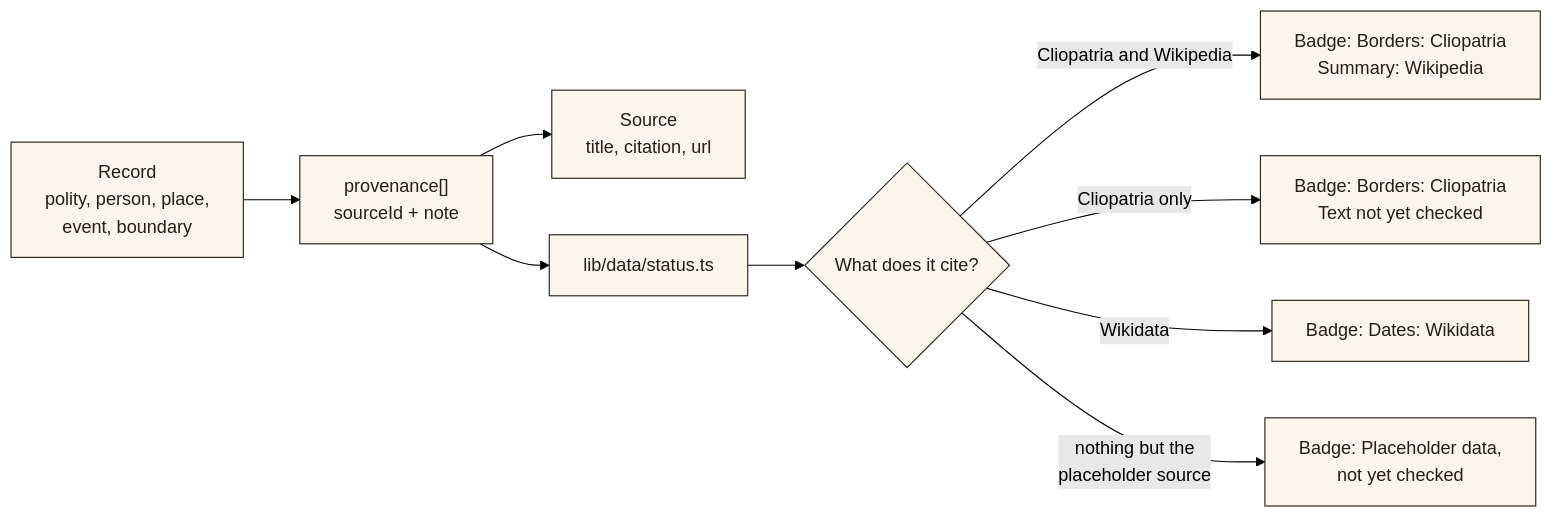
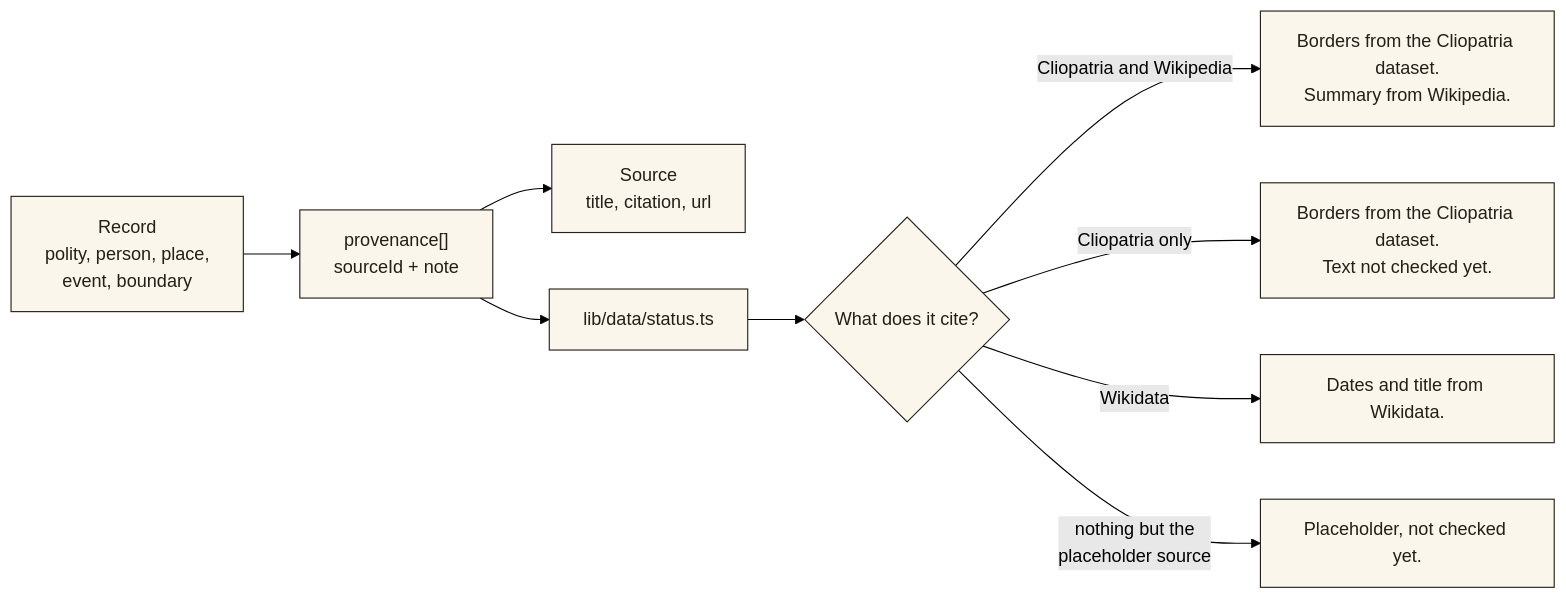
One commit to varunaditya27/BHAARATA changed the fifth of 7 diagrams in docs/ARCHITECTURE.md. Above: the diagram before and after it, drawn with Mermaid (forest theme). The commit also changed other lines of this file and 12 other files, not shown here.

````diff
--- a/docs/ARCHITECTURE.md
+++ b/docs/ARCHITECTURE.md
@@ -258,14 +259,14 @@
 ```mermaid
 flowchart LR
     R["Record<br/>polity, person, place,<br/>event, boundary"] --> P["provenance[]<br/>sourceId + note"]
     P --> S["Source<br/>title, citation, url"]
     P --> H["lib/data/status.ts"]
     H --> B{"What does it cite?"}
-    B -- "Cliopatria and Wikipedia" --> G["Badge: Borders: Cliopatria<br/>Summary: Wikipedia"]
-    B -- "Cliopatria only" --> Y["Badge: Borders: Cliopatria<br/>Text not yet checked"]
-    B -- "Wikidata" --> W["Badge: Dates: Wikidata"]
-    B -- "nothing but the<br/>placeholder source" --> X["Badge: Placeholder data,<br/>not yet checked"]
+    B -- "Cliopatria and Wikipedia" --> G["Borders from the Cliopatria dataset.<br/>Summary from Wikipedia."]
+    B -- "Cliopatria only" --> Y["Borders from the Cliopatria dataset.<br/>Text not checked yet."]
+    B -- "Wikidata" --> W["Dates and title from Wikidata."]
+    B -- "nothing but the<br/>placeholder source" --> X["Placeholder, not checked yet."]
 
     classDef node fill:#faf6ec,stroke:#241f17,color:#241f17;
     class R,P,S,H,B,G,Y,W,X node;
 ```
````
